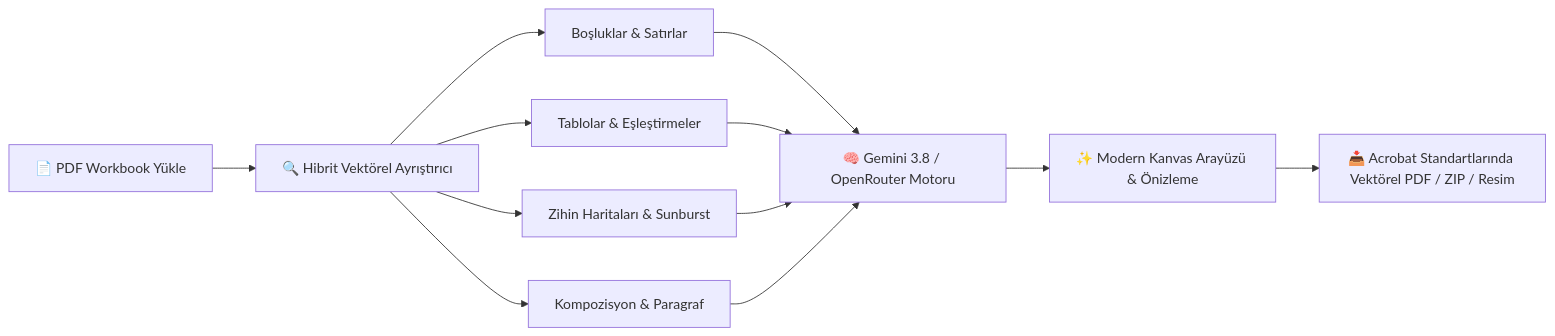
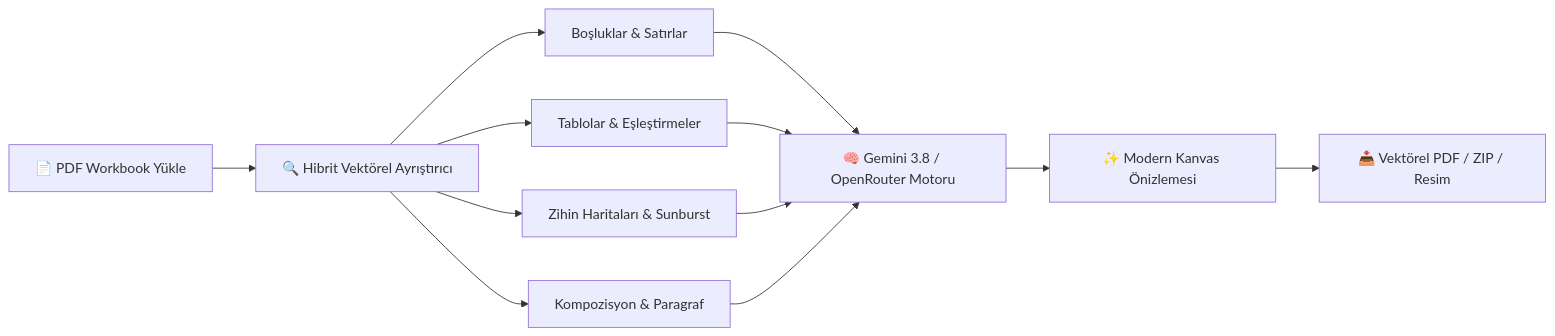
Before and after one commit to Rel0adediso/Prepmate-PDF: the diagram in README_TR.md, drawn with Mermaid. The commit also changed other lines of this file and 1 other file, not shown here.

````diff
--- a/README_TR.md
+++ b/README_TR.md
@@ -67,11 +64,11 @@
 ```mermaid
 flowchart LR
     A["📄 PDF Workbook Yükle"] --> B["🔍 Hibrit Vektörel Ayrıştırıcı"]
     B --> C1["Boşluklar & Satırlar"]
     B --> C2["Tablolar & Eşleştirmeler"]
     B --> C3["Zihin Haritaları & Sunburst"]
     B --> C4["Kompozisyon & Paragraf"]
     C1 & C2 & C3 & C4 --> D["🧠 Gemini 3.8 / OpenRouter Motoru"]
-    D --> E["✨ Modern Kanvas Arayüzü & Önizleme"]
-    E --> F["📥 Acrobat Standartlarında Vektörel PDF / ZIP / Resim"]
+    D --> E["✨ Modern Kanvas Önizlemesi"]
+    E --> F["📥 Vektörel PDF / ZIP / Resim"]
 ```
````
